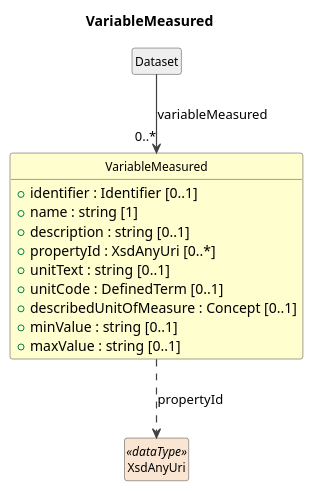
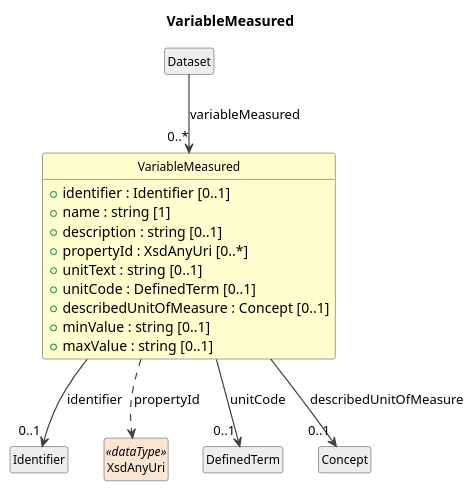
One commit to Cross-Domain-Interoperability-Framework/metadataBuildingBlocks changed the diagram in cdif-uml-model/CDIFDiscovery/Classes/VariableMeasured.pu. Above: the diagram before and after it, drawn with PlantUML. The commit also changed 619 other files, not shown here.

```diff
--- a/cdif-uml-model/CDIFDiscovery/Classes/VariableMeasured.pu
+++ b/cdif-uml-model/CDIFDiscovery/Classes/VariableMeasured.pu
@@ -1,29 +1,35 @@
 @startuml
 title VariableMeasured
 hide circle
 hide empty members
 skinparam shadowing false
 skinparam ArrowThickness 1.2
 skinparam class {
   ArrowColor #404040
   BorderColor #404040
   FontSize 12
 }
 
 class "VariableMeasured" as VariableMeasured #FEFECE {
   +identifier : Identifier [0..1]
   +name : string [1]
   +description : string [0..1]
   +propertyId : XsdAnyUri [0..*]
   +unitText : string [0..1]
   +unitCode : DefinedTerm [0..1]
   +describedUnitOfMeasure : Concept [0..1]
   +minValue : string [0..1]
   +maxValue : string [0..1]
 }
 class "Dataset" as Dataset #EEEEEE
 Dataset --> "0..*" VariableMeasured : variableMeasured
+class "Identifier" as Identifier #EEEEEE
+VariableMeasured --> "0..1" Identifier : identifier
 class "XsdAnyUri" as XsdAnyUri <<dataType>> #FAE5D3
 VariableMeasured ..> XsdAnyUri : propertyId
+class "DefinedTerm" as DefinedTerm #EEEEEE
+VariableMeasured --> "0..1" DefinedTerm : unitCode
+class "Concept" as Concept #EEEEEE
+VariableMeasured --> "0..1" Concept : describedUnitOfMeasure
 
 @enduml
```
